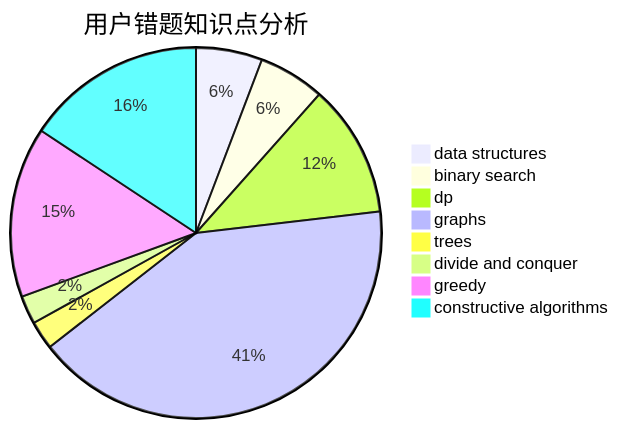
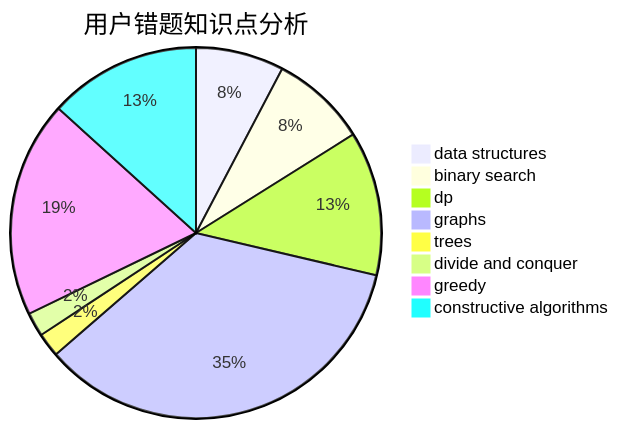
The third of 3 diagrams in docs/user/u1535.md (sherpahu/cfrs.github.io), drawn with Mermaid before and after one commit. The commit also changed other lines of this file and 2770 other files, not shown here.

````diff
--- a/docs/user/u1535.md
+++ b/docs/user/u1535.md
@@ -36,11 +36,11 @@
 ```mermaid
 pie title 用户错题知识点分析
-    "data structures" :  7
-    "binary search" :  7
-    "dp" :  14
+    "data structures" :  11
+    "binary search" :  12
+    "dp" :  18
     "graphs" :  50
     "trees" :  3
     "divide and conquer" :  3
-    "greedy" :  18
+    "greedy" :  27
     "constructive algorithms" :  19
 ```
````
